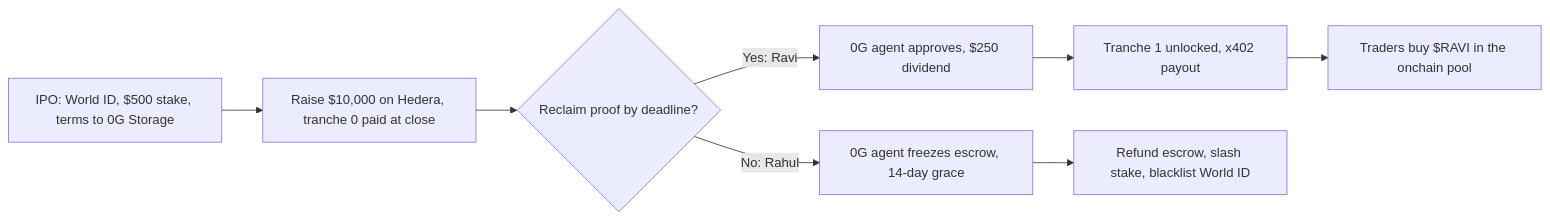
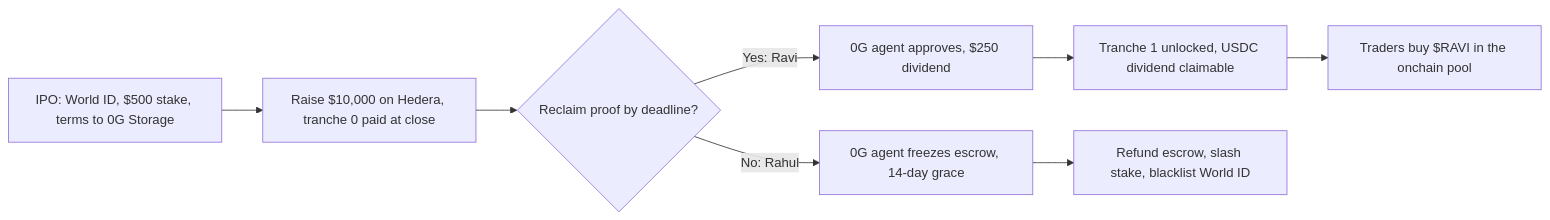
One commit to predatorx7/stakeme-ex changed the diagram in docs/pitch.md. Above: the diagram before and after it, drawn with Mermaid. The commit also changed other lines of this file and 14 other files, not shown here.

Commit message:
Update docs for USDC dividend claims, low-month approvals and the stake rule

````diff
--- a/docs/pitch.md
+++ b/docs/pitch.md
@@ -25,10 +25,10 @@
 ```mermaid
 flowchart LR
 	ipo["IPO: World ID, $500 stake, terms to 0G Storage"] --> raise["Raise $10,000 on Hedera, tranche 0 paid at close"]
 	raise --> proof{"Reclaim proof by deadline?"}
 	proof -->|"Yes: Ravi"| audit["0G agent approves, $250 dividend"]
-	audit --> unlock["Tranche 1 unlocked, x402 payout"]
+	audit --> unlock["Tranche 1 unlocked, USDC dividend claimable"]
 	unlock --> pump["Traders buy $RAVI in the onchain pool"]
 	proof -->|"No: Rahul"| freeze["0G agent freezes escrow, 14-day grace"]
 	freeze --> liquidate["Refund escrow, slash stake, blacklist World ID"]
 ```
````
